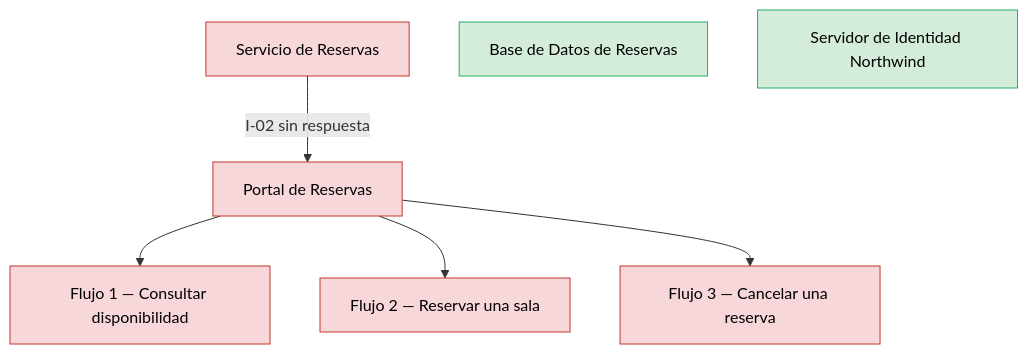
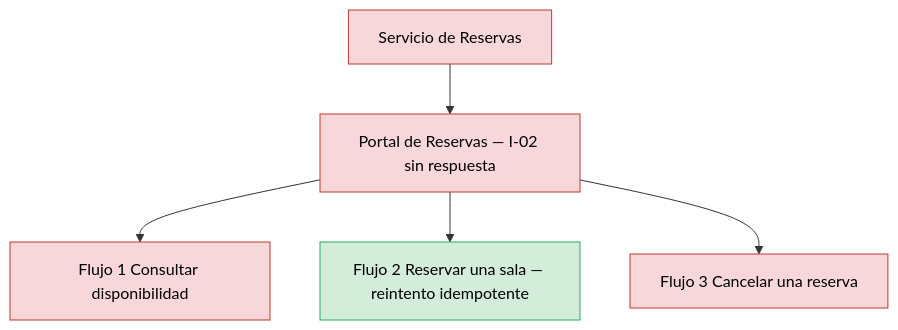
The third of 3 diagrams in analysis/BLAST-RADIUS-2026-11-03.md (shadowX4fox/northwind-reservas), drawn with Mermaid before and after one commit. The commit also changed other lines of this file and 7 other files, not shown here.

````diff
--- a/analysis/BLAST-RADIUS-2026-11-03.md
+++ b/analysis/BLAST-RADIUS-2026-11-03.md
@@ -82,16 +81,14 @@
 ```mermaid
 flowchart TB
-  SRV["Servicio de Reservas"]:::cascading
-  POR["Portal de Reservas"]:::cascading
-  F1["Flujo 1 — Consultar disponibilidad"]:::cascading
-  F2["Flujo 2 — Reservar una sala"]:::cascading
-  F3["Flujo 3 — Cancelar una reserva"]:::cascading
-  BD["Base de Datos de Reservas"]:::contained
-  IDP["Servidor de Identidad Northwind"]:::contained
-  SRV -->|I-02 sin respuesta| POR
-  POR --> F1
-  POR --> F2
-  POR --> F3
+  SVC["Servicio de Reservas"]:::cascading
+  PORTAL["Portal de Reservas — I-02 sin respuesta"]:::cascading
+  F1["Flujo 1 Consultar disponibilidad"]:::cascading
+  F2["Flujo 2 Reservar una sala — reintento idempotente"]:::contained
+  F3["Flujo 3 Cancelar una reserva"]:::cascading
+  SVC --> PORTAL
+  PORTAL --> F1
+  PORTAL --> F2
+  PORTAL --> F3
   classDef cascading fill:#f8d7da,stroke:#c0392b,color:#000
   classDef contained fill:#d4edda,stroke:#27ae60,color:#000
 ```
````
